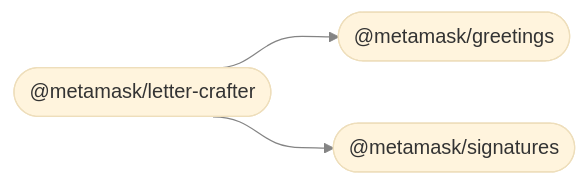
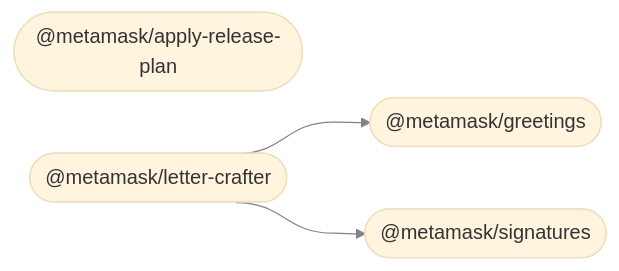
Before and after one commit to MetaMask/release-tools: the diagram in README.md, drawn with Mermaid (base theme). The commit also changed other lines of this file and 25 other files, not shown here.

First line of the commit message:
chore: move `apply-release-plan` to `packages` (#19)

````diff
--- a/README.md
+++ b/README.md
@@ -27,10 +28,11 @@
 ```mermaid
 %%{ init: { 'flowchart': { 'curve': 'bumpX' } } }%%
 graph LR;
 linkStyle default opacity:0.5
+  apply_release_plan(["@metamask/apply-release-plan"]);
   greetings(["@metamask/greetings"]);
   letter_crafter(["@metamask/letter-crafter"]);
   signatures(["@metamask/signatures"]);
   letter_crafter --> greetings;
   letter_crafter --> signatures;
 ```
````
